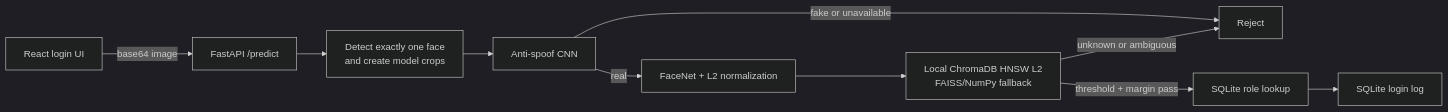
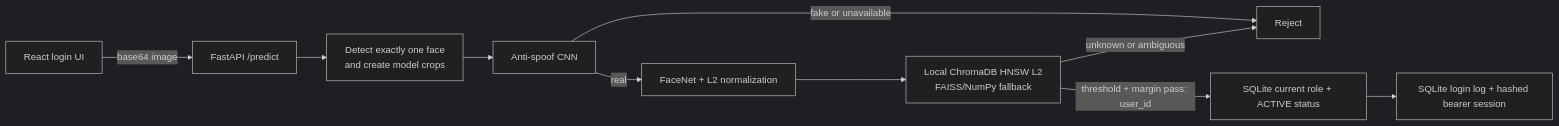
Before and after one commit to vu-xuan-hung/Face-Verification-Project-with-CNN: the diagram in docs/codebase-summary.md, drawn with Mermaid (dark theme). The commit also changed other lines of this file and 7 other files, not shown here.

````diff
--- a/docs/codebase-summary.md
+++ b/docs/codebase-summary.md
@@ -16,12 +16,12 @@
 ```mermaid
 flowchart LR
     UI[React login UI] -->|base64 image| API[FastAPI /predict]
     API --> PRE[Detect exactly one face\nand create model crops]
     PRE --> PAD[Anti-spoof CNN]
     PAD -->|fake or unavailable| REJECT[Reject]
     PAD -->|real| EMB[FaceNet + L2 normalization]
     EMB --> IDX[Local ChromaDB HNSW L2\nFAISS/NumPy fallback]
-    IDX -->|threshold + margin pass| ROLE[SQLite role lookup]
-    ROLE --> LOG[SQLite login log]
+    IDX -->|threshold + margin pass: user_id| ROLE[SQLite current role + ACTIVE status]
+    ROLE --> LOG[SQLite login log + hashed bearer session]
     IDX -->|unknown or ambiguous| REJECT
 ```
````
